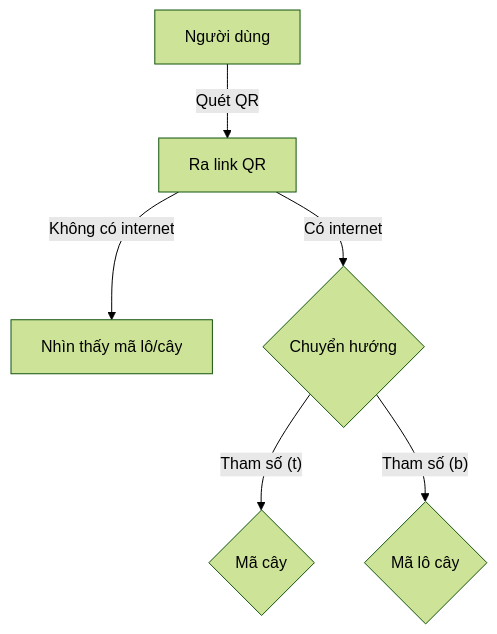
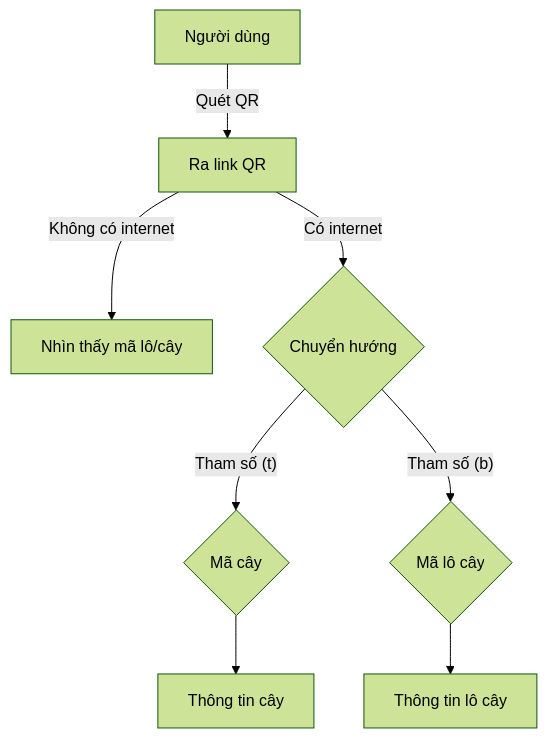
The diagram in docs/batch-check.md (trethanhphat/tre-thanh-phat-pwa-docs), drawn with Mermaid (forest theme) before and after one commit.

````diff
--- a/docs/batch-check.md
+++ b/docs/batch-check.md
@@ -1,7 +1,14 @@
 ```mermaid
 flowchart TD
 USER["Người dùng"] --> |"Quét QR"| QR-LINK["Ra link QR"] --> |"Không có internet"| DISPLAY["Nhìn thấy mã lô/cây"]
 QR-LINK -->|"Có internet"| REDIRECT{"Chuyển hướng"}
+
 REDIRECT -->|"Tham số (t)"| TREE-CODE{Mã cây}
-REDIRECT -->|"Tham số (b)"| BRANCH-CODE{Mã lô cây}
+
+REDIRECT -->|"Tham số (b)"| BATCH-CODE{Mã lô cây}
+
+TREE-CODE --> TREE-INFO["Thông tin cây"]
+
+BATCH-CODE --> BATCH-INFO["Thông tin lô cây"]
+
 ```
````
